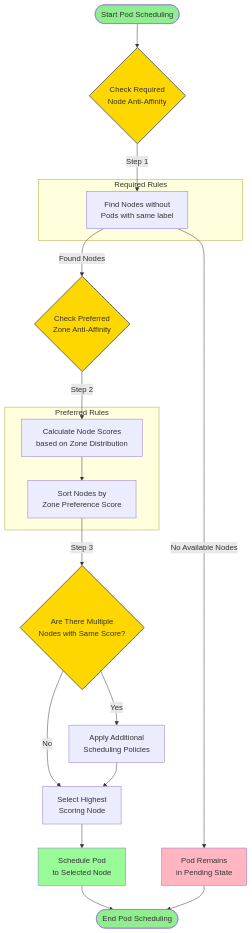
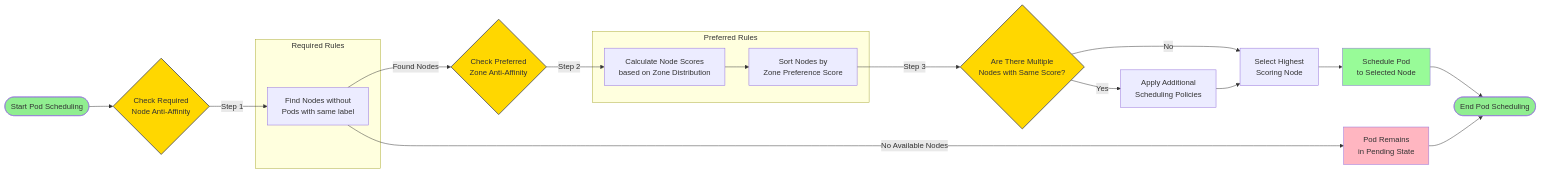
Before and after one commit to aibangjuxin/knowledge: the diagram in k8s/summary-affinity.md, drawn with Mermaid.

````diff
--- a/k8s/summary-affinity.md
+++ b/k8s/summary-affinity.md
@@ -238,38 +238,38 @@
 ```mermaid
-flowchart TD
+flowchart LR
     Start([Start Pod Scheduling]) --> A{Check Required\nNode Anti-Affinity}
     
     A -->|Step 1| B[Find Nodes without\nPods with same label]
     B -->|Found Nodes| C{Check Preferred\nZone Anti-Affinity}
     B -->|No Available Nodes| F[Pod Remains\nin Pending State]
     
     C -->|Step 2| D[Calculate Node Scores\nbased on Zone Distribution]
     D --> E[Sort Nodes by\nZone Preference Score]
     
     E -->|Step 3| G{Are There Multiple\nNodes with Same Score?}
     G -->|Yes| H[Apply Additional\nScheduling Policies]
     G -->|No| I[Select Highest\nScoring Node]
     
     H --> I
     I --> J[Schedule Pod\nto Selected Node]
     
     J --> End([End Pod Scheduling])
     F --> End
     
     subgraph Required Rules
     B
     end
     
     subgraph Preferred Rules
     D
     E
     end
     
     style Start fill:#90EE90
     style End fill:#90EE90
     style F fill:#FFB6C1
     style J fill:#98FB98
     
     classDef decision fill:#FFD700,stroke:#666,stroke-width:2px
     class A,C,G decision
 ```
````
